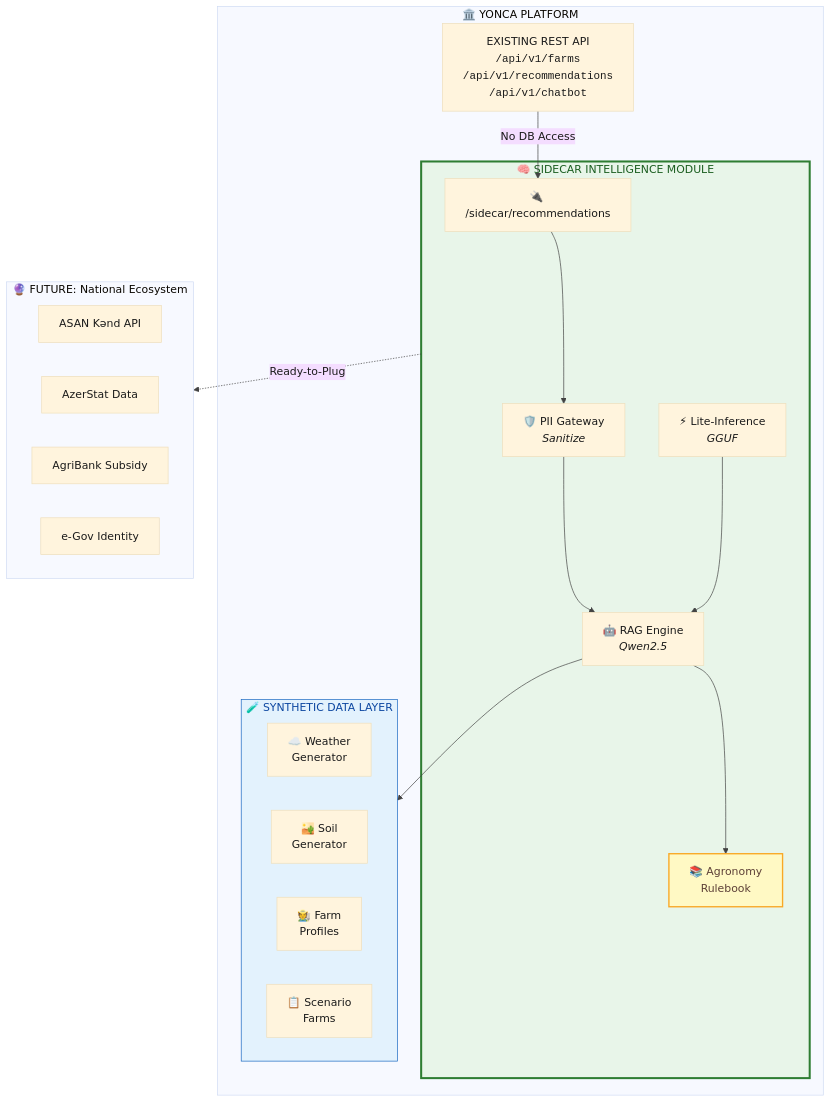
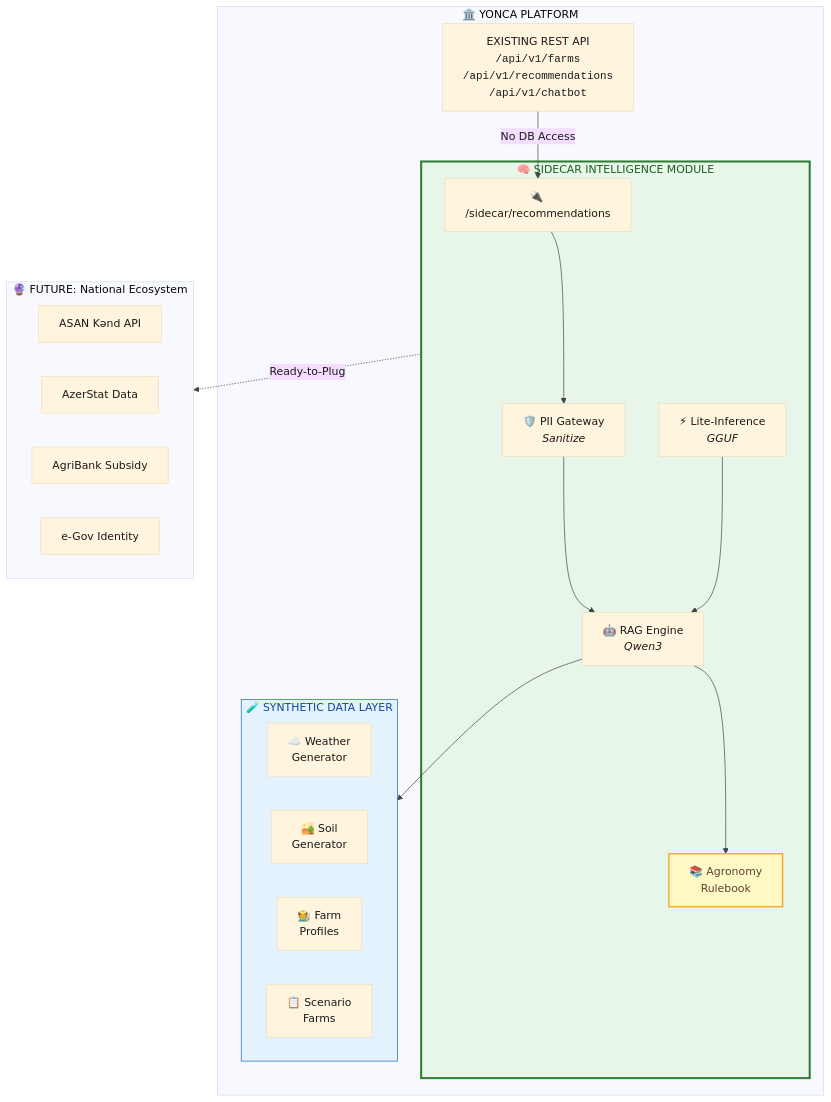
One commit to Px8Studio/yonja changed the seventh of 21 diagrams in docs/zekalab/03-ARCHITECTURE.md. Above: the diagram before and after it, drawn with Mermaid. The commit also changed other lines of this file and 9 other files, not shown here.

````diff
--- a/docs/zekalab/03-ARCHITECTURE.md
+++ b/docs/zekalab/03-ARCHITECTURE.md
@@ -288,43 +288,43 @@
 ```mermaid
 %%{init: {'theme': 'base', 'themeVariables': { 'primaryTextColor': '#1a1a1a', 'lineColor': '#424242'}}}%%
 graph TB
     subgraph platform["🏛️ YONCA PLATFORM"]
         restapi["EXISTING REST API<br/><code>/api/v1/farms</code><br/><code>/api/v1/recommendations</code><br/><code>/api/v1/chatbot</code>"]
         
         subgraph sidecar["🧠 SIDECAR INTELLIGENCE MODULE"]
             api["🔌 /sidecar/recommendations"]
             pii["🛡️ PII Gateway<br/><i>Sanitize</i>"]
-            rag["🤖 RAG Engine<br/><i>Qwen2.5</i>"]
+            rag["🤖 RAG Engine<br/><i>Qwen3</i>"]
             lite["⚡ Lite-Inference<br/><i>GGUF</i>"]
             rules["📚 Agronomy<br/>Rulebook"]
             
             api --> pii
             pii --> rag
             lite --> rag
             rag --> rules
         end
         
         subgraph synthetic["🧪 SYNTHETIC DATA LAYER"]
             weather["☁️ Weather<br/>Generator"]
             soil["🏜️ Soil<br/>Generator"]
             profiles["🧑‍🌾 Farm<br/>Profiles"]
             scenarios["📋 Scenario<br/>Farms"]
         end
         
         restapi -->|"No DB Access"| api
         rag --> synthetic
     end
     
     subgraph future["🔮 FUTURE: National Ecosystem"]
         asan["ASAN Kənd API"]
         azerstat["AzerStat Data"]
         agribank["AgriBank Subsidy"]
         egov["e-Gov Identity"]
     end
     
     sidecar -.->|"Ready-to-Plug"| future
     
     style sidecar fill:#e8f5e9,stroke:#2e7d32,stroke-width:3px,color:#1b5e20
     style synthetic fill:#e3f2fd,stroke:#1565c0,color:#0d47a1
     style rules fill:#fff9c4,stroke:#f9a825,stroke-width:2px,color:#5d4037
 ```
````
